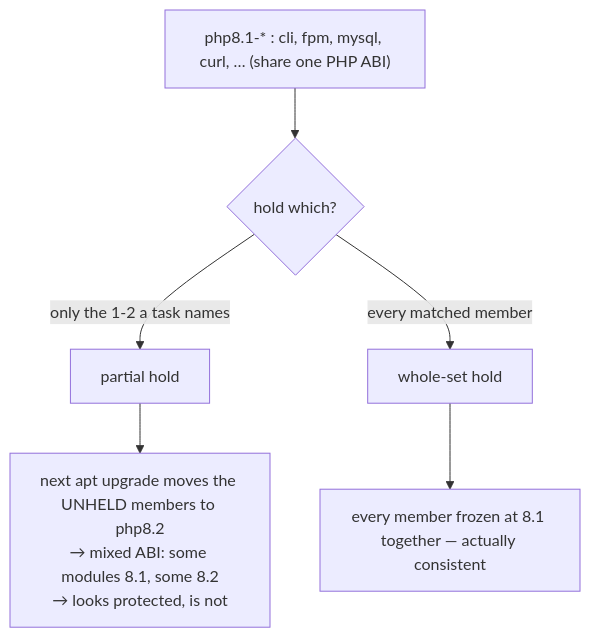
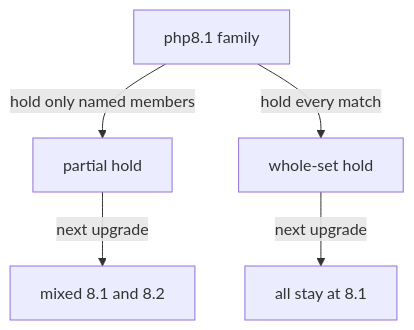
Before and after one commit to astrona-io/ATS002: the diagram in sections/section-050/module-05/course-02-bulk-actions-across-a-set.md, drawn with Mermaid. The commit also changed other lines of this file and 615 other files, not shown here.

````diff
--- a/sections/section-050/module-05/course-02-bulk-actions-across-a-set.md
+++ b/sections/section-050/module-05/course-02-bulk-actions-across-a-set.md
@@ -18,8 +22,7 @@
 ```mermaid
-flowchart TD
-    F["php8.1-* : cli, fpm, mysql, curl, … (share one PHP ABI)"] --> P{"hold which?"}
-    P -->|only the 1-2 a task names| PART["partial hold"]
-    P -->|every matched member| ALL["whole-set hold"]
-    PART --> BAD["next apt upgrade moves the UNHELD members to php8.2<br/>→ mixed ABI: some modules 8.1, some 8.2<br/>→ looks protected, is not"]
-    ALL --> GOOD["every member frozen at 8.1 together — actually consistent"]
+flowchart TB
+    F["php8.1 family"] -->|"hold only named members"| PART["partial hold"]
+    F -->|"hold every match"| ALL["whole-set hold"]
+    PART -->|"next upgrade"| BAD["mixed 8.1 and 8.2"]
+    ALL -->|"next upgrade"| GOOD["all stay at 8.1"]
 ```
````
